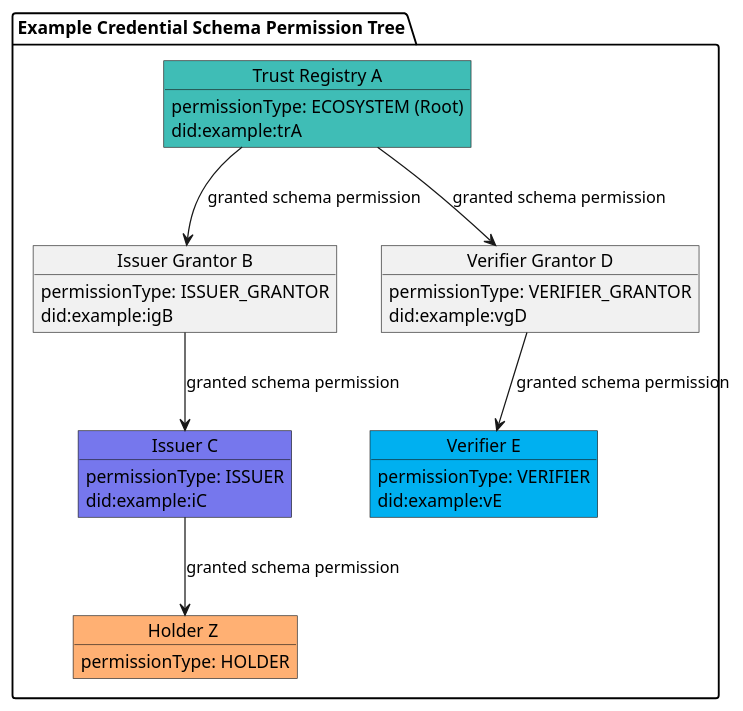
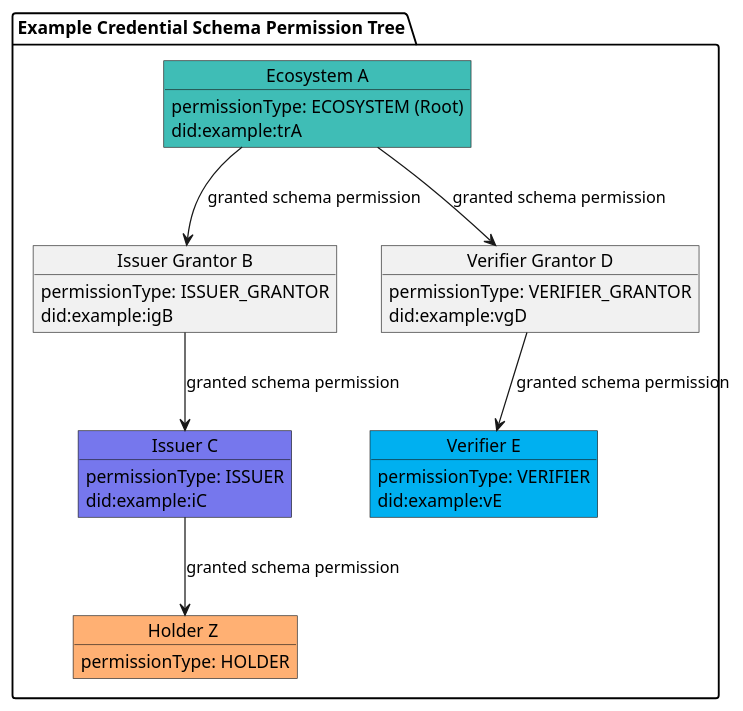
Diagram 13 of 20 in spec.md (verana-labs/verifiable-trust-vpr-spec), drawn with PlantUML before and after one commit. The commit also changed other lines of this file, not shown here.

First line of the commit message:
refactor(spec): rename Permission entities and TrustRegistry to Ecosystem

````diff
--- a/spec.md
+++ b/spec.md
@@ -2712,45 +2712,45 @@
 ```plantuml
 
 @startuml
 scale max 800 width
  
 package "Example Credential Schema Permission Tree" as cs {
 
-    object "Trust Registry A" as tr #3fbdb6 {
+    object "Ecosystem A" as tr #3fbdb6 {
         permissionType: ECOSYSTEM (Root)
         did:example:trA
     }
     object "Issuer Grantor B" as ig {
         permissionType: ISSUER_GRANTOR
         did:example:igB
     }
     object "Issuer C" as issuer #7677ed  {
         permissionType: ISSUER
         did:example:iC
     }
     object "Verifier Grantor D" as vg {
         permissionType: VERIFIER_GRANTOR
         did:example:vgD
     }
     object "Verifier E" as verifier #00b0f0 {
         permissionType: VERIFIER
         did:example:vE
     }
     object "Holder Z " as holder #FFB073 {
         permissionType: HOLDER
     }
 }
 
 
 
 tr --> ig : granted schema permission
 ig --> issuer : granted schema permission
 
 tr --> vg : granted schema permission
 vg --> verifier : granted schema permission
 
 issuer --> holder: granted schema permission
 
 @enduml
 
 ```
````
